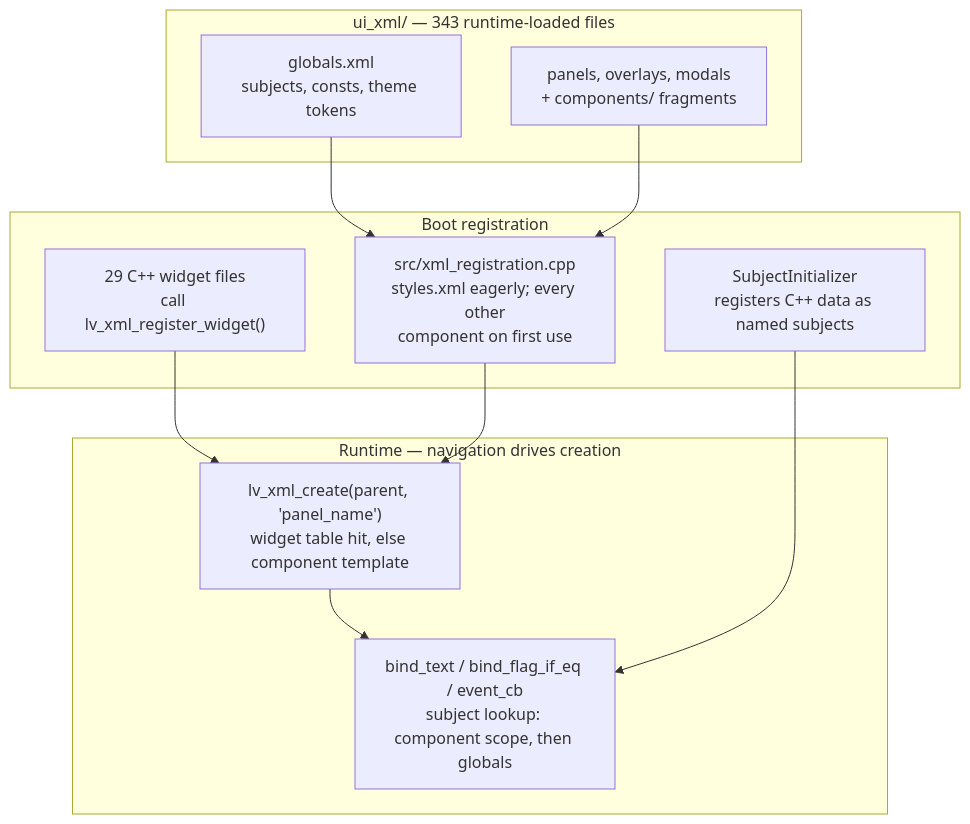
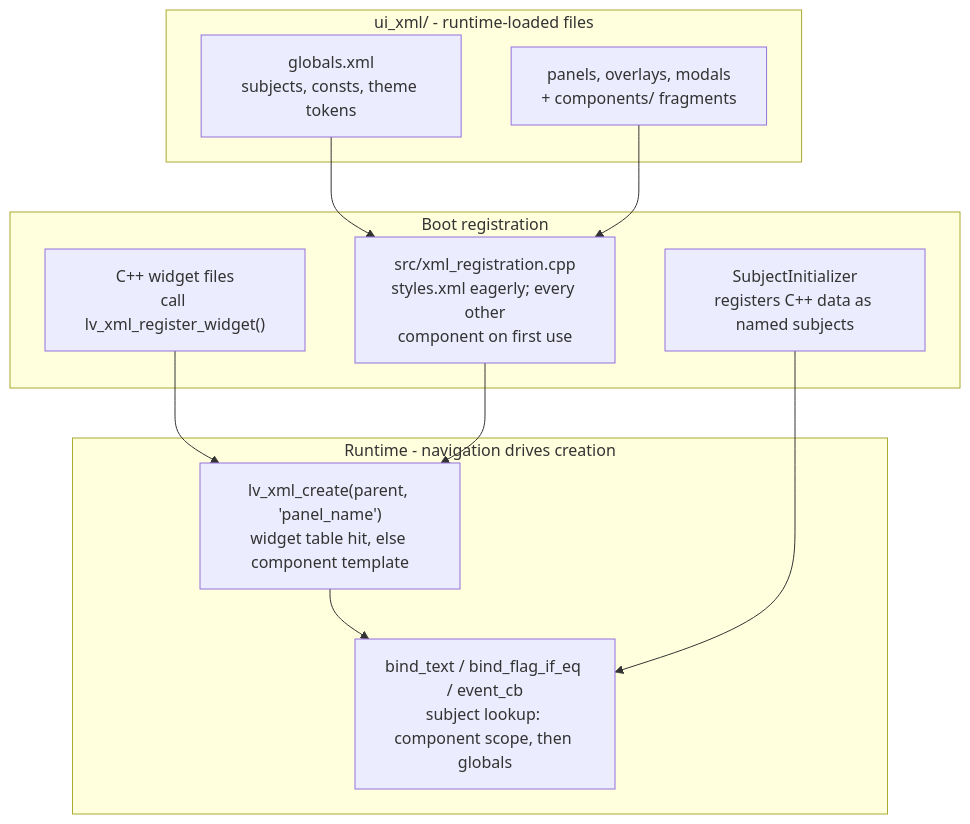
One commit to jrlomas/helixscreen changed the diagram in docs/devel/architecture/01-declarative-ui.md. Above: the diagram before and after it, drawn with Mermaid. The commit also changed other lines of this file and 90 other files, not shown here.

First line of the commit message:
docs(devel): refresh the architecture guide against the code, add an ESP32 firmware chapter, move printer-specific docs under printers/ and printer-research/, retire shipped plans

````diff
--- a/docs/devel/architecture/01-declarative-ui.md
+++ b/docs/devel/architecture/01-declarative-ui.md
@@ -7,25 +7,25 @@
 ```mermaid
 flowchart TD
-    subgraph XMLFILES["ui_xml/ — 343 runtime-loaded files"]
+    subgraph XMLFILES["ui_xml/ - runtime-loaded files"]
         GLOBALS["globals.xml<br/>subjects, consts, theme tokens"]
         LAYOUTS["panels, overlays, modals<br/>+ components/ fragments"]
     end
 
     subgraph BOOT["Boot registration"]
-        WIDGETS["29 C++ widget files<br/>call lv_xml_register_widget()"]
+        WIDGETS["C++ widget files<br/>call lv_xml_register_widget()"]
         REG["src/xml_registration.cpp<br/>styles.xml eagerly; every other<br/>component on first use"]
         SUBJ["SubjectInitializer<br/>registers C++ data as named subjects"]
     end
 
-    subgraph RUNTIME["Runtime — navigation drives creation"]
+    subgraph RUNTIME["Runtime - navigation drives creation"]
         CREATE["lv_xml_create(parent, 'panel_name')<br/>widget table hit, else component template"]
         LOOKUP["bind_text / bind_flag_if_eq / event_cb<br/>subject lookup: component scope, then globals"]
     end
 
     GLOBALS --> REG
     LAYOUTS --> REG
     WIDGETS --> CREATE
     REG --> CREATE
     CREATE --> LOOKUP
     SUBJ --> LOOKUP
 ```
````
